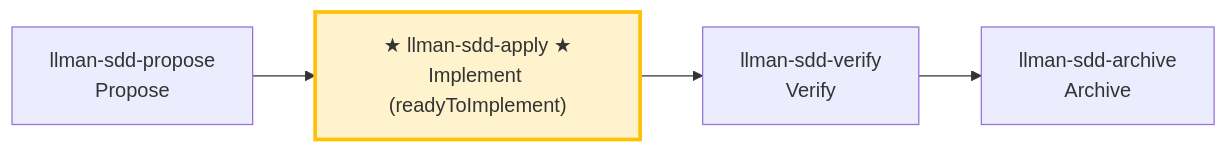
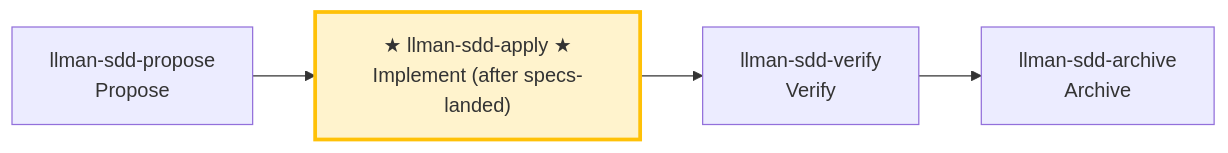
Before and after one commit to StrayDragon/llman-sdd: the diagram in packages/core/templates/en/skills/llman-sdd-apply.md, drawn with Mermaid. The commit also changed other lines of this file and 44 other files, not shown here.

Commit message:
fix(templates): readyToImplement 语义全量对齐——apply 入门改钉 specs-landed 门,readyToImplement 归位为 verify/finalize 完成信号(双 locale 15 处,门禁固化)

````diff
--- a/packages/core/templates/en/skills/llman-sdd-apply.md
+++ b/packages/core/templates/en/skills/llman-sdd-apply.md
@@ -20,9 +20,9 @@
 ```mermaid
 flowchart LR
     propose["llman-sdd-propose<br/>Propose"] --> apply
-    apply["★ llman-sdd-apply ★<br/>Implement (readyToImplement)"]
+    apply["★ llman-sdd-apply ★<br/>Implement (after specs-landed)"]
     apply --> verify["llman-sdd-verify<br/>Verify"]
     verify --> archive["llman-sdd-archive<br/>Archive"]
 
     style apply fill:#fff3cd,stroke:#ffc107,stroke-width:3px
 ```
````
